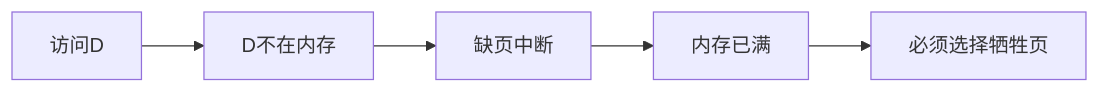
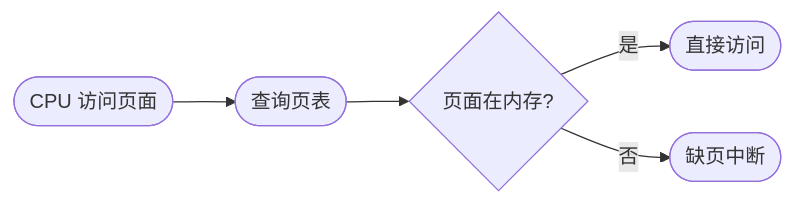
One commit to 74262195/system-architect-notes changed the second of 4 diagrams in 01_综合知识/01_计算机基础知识/02_操作系统/虚拟存储与页面置换.md. Above: the diagram before and after it, drawn with Mermaid. The commit also changed other lines of this file, not shown here.

````diff
--- a/01_综合知识/01_计算机基础知识/02_操作系统/虚拟存储与页面置换.md
+++ b/01_综合知识/01_计算机基础知识/02_操作系统/虚拟存储与页面置换.md
@@ -258,7 +94,7 @@
 ```mermaid
 flowchart LR
-    A[访问D] --> B[D不在内存]
-    B --> C[缺页中断]
-    C --> D[内存已满]
-    D --> E[必须选择牺牲页]
+    A([CPU 访问页面]) --> B([查询页表])
+    B --> C{页面在内存?}
+    C -- 是 --> D([直接访问])
+    C -- 否 --> E([缺页中断])
 ```
````
